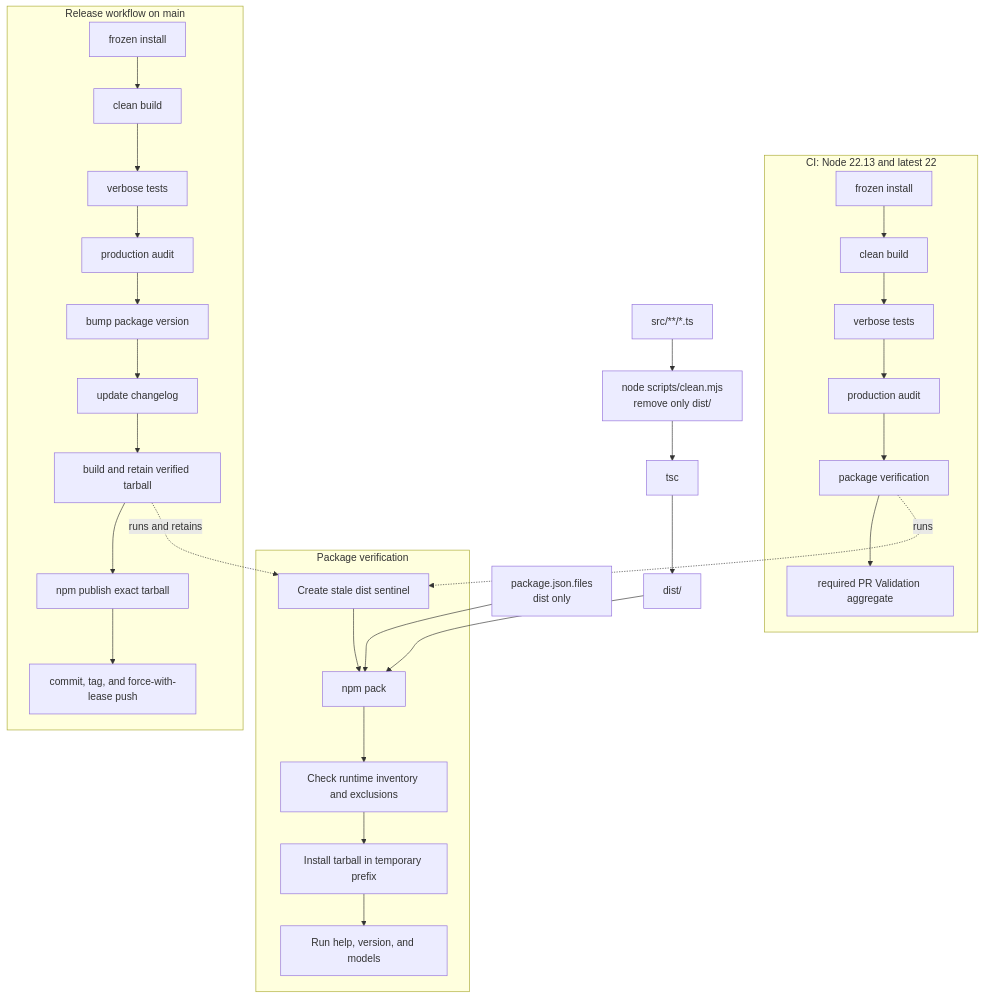
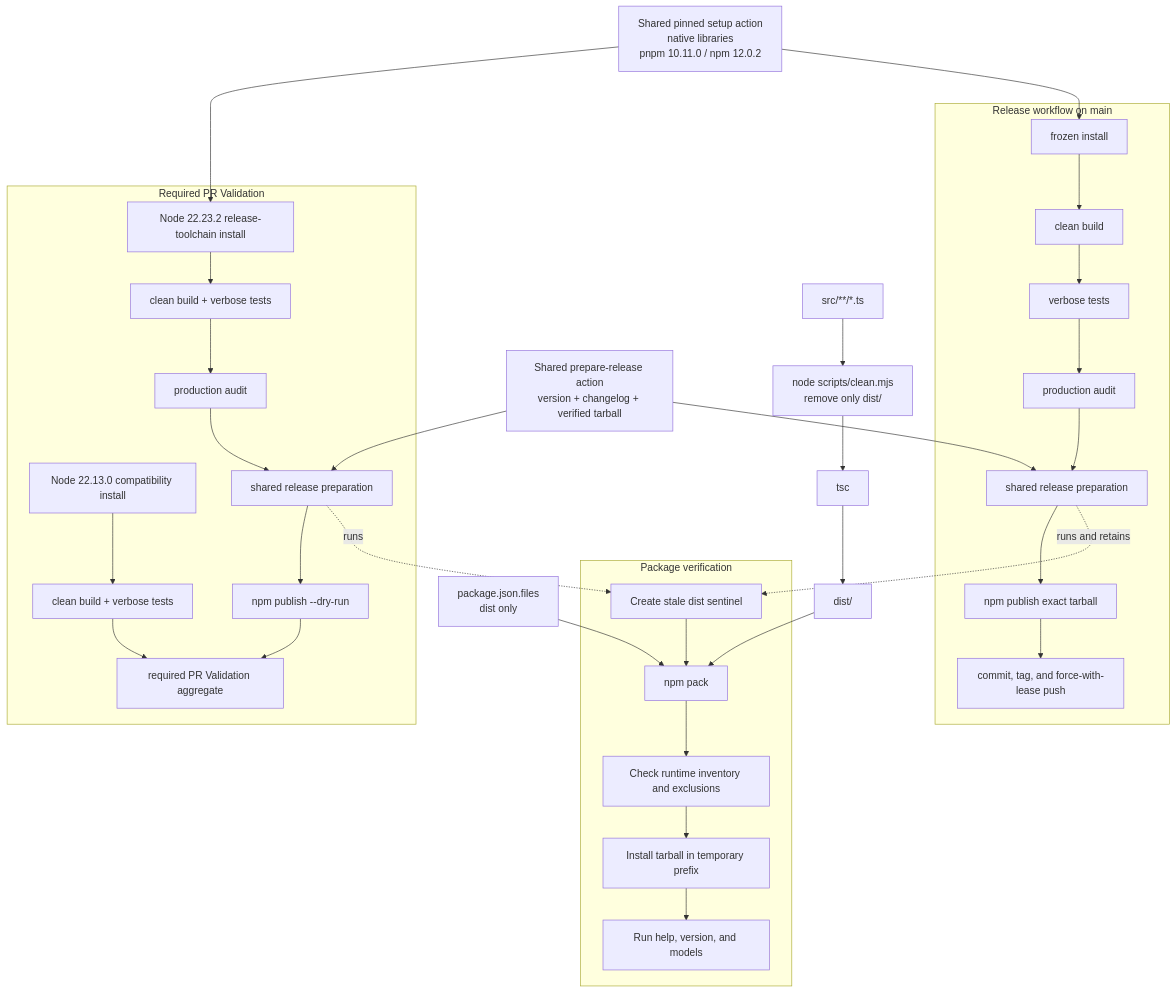
Before and after one commit to AndrewHuffman/hey-ai: the tenth of 10 diagrams in docs/architecture.md, drawn with Mermaid. The commit also changed other lines of this file and 4 other files, not shown here.

````diff
--- a/docs/architecture.md
+++ b/docs/architecture.md
@@ -407,37 +417,44 @@
 ```mermaid
 flowchart TB
     Source["src/**/*.ts"] --> Clean["node scripts/clean.mjs<br/>remove only dist/"]
     Clean --> Build["tsc"]
     Build --> Dist["dist/"]
     Allowlist["package.json.files<br/>dist only"] --> Pack["npm pack"]
     Dist --> Pack
 
     subgraph Smoke["Package verification"]
         Stale["Create stale dist sentinel"] --> Pack
         Pack --> Inventory["Check runtime inventory and exclusions"]
         Inventory --> InstallTar["Install tarball in temporary prefix"]
         InstallTar --> Commands["Run help, version, and models"]
     end
 
-    subgraph CI["CI: Node 22.13 and latest 22"]
-        InstallCI["frozen install"] --> BuildCI["clean build"]
-        BuildCI --> TestCI["verbose tests"]
-        TestCI --> AuditCI["production audit"]
-        AuditCI --> SmokeCI["package verification"]
-        SmokeCI --> GateCI["required PR Validation aggregate"]
+    Setup["Shared pinned setup action<br/>native libraries<br/>pnpm 10.11.0 / npm 12.0.2"]
+    Prepare["Shared prepare-release action<br/>version + changelog + verified tarball"]
+
+    subgraph CI["Required PR Validation"]
+        MinInstall["Node 22.13.0 compatibility install"] --> MinBuild["clean build + verbose tests"]
+        InstallCI["Node 22.23.2 release-toolchain install"] --> BuildCI["clean build + verbose tests"]
+        BuildCI --> AuditCI["production audit"]
+        AuditCI --> SmokeCI["shared release preparation"]
+        SmokeCI --> DryRun["npm publish --dry-run"]
+        MinBuild --> GateCI["required PR Validation aggregate"]
+        DryRun --> GateCI["required PR Validation aggregate"]
     end
 
     subgraph Release["Release workflow on main"]
         InstallRelease["frozen install"] --> BuildRelease["clean build"]
         BuildRelease --> TestRelease["verbose tests"]
         TestRelease --> AuditRelease["production audit"]
-        AuditRelease --> Version["bump package version"]
-        Version --> Change["update changelog"]
-        Change --> VerifyRelease["build and retain verified tarball"]
+        AuditRelease --> VerifyRelease["shared release preparation"]
         VerifyRelease --> Publish["npm publish exact tarball"]
         Publish --> Commit["commit, tag, and force-with-lease push"]
     end
 
+    Setup --> InstallCI
+    Setup --> InstallRelease
+    Prepare --> SmokeCI
+    Prepare --> VerifyRelease
     SmokeCI -. "runs" .-> Stale
     VerifyRelease -. "runs and retains" .-> Stale
 ```
````
